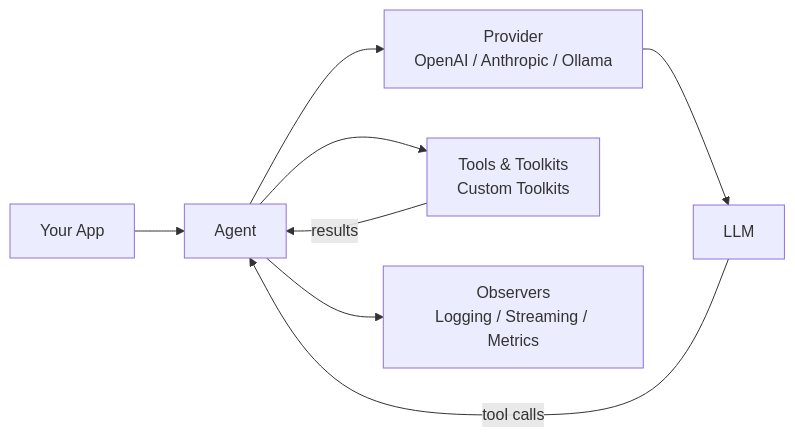
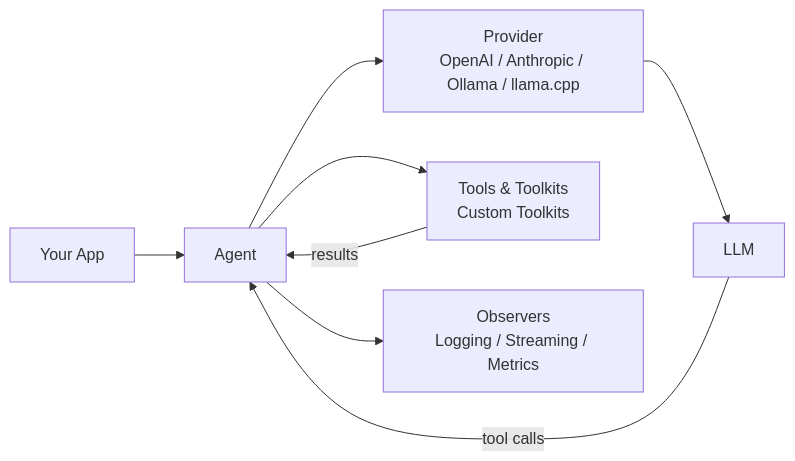
Before and after one commit to carmelosantana/php-agents: the diagram in README.md, drawn with Mermaid. The commit also changed other lines of this file and 12 other files, not shown here.

First line of the commit message:
Add native llama.cpp runtime support with benchmarking scripts

````diff
--- a/README.md
+++ b/README.md
@@ -15,10 +15,10 @@
 ```mermaid
 graph LR
     APP[Your App] --> AGENT[Agent]
-    AGENT --> PROVIDER[Provider<br/>OpenAI / Anthropic / Ollama]
+    AGENT --> PROVIDER[Provider<br/>OpenAI / Anthropic / Ollama / llama.cpp]
     AGENT --> TOOLS[Tools & Toolkits<br/>Custom Toolkits]
     AGENT --> OBSERVER[Observers<br/>Logging / Streaming / Metrics]
     PROVIDER --> LLM[LLM]
     LLM -->|tool calls| AGENT
     TOOLS -->|results| AGENT
 ```
````
